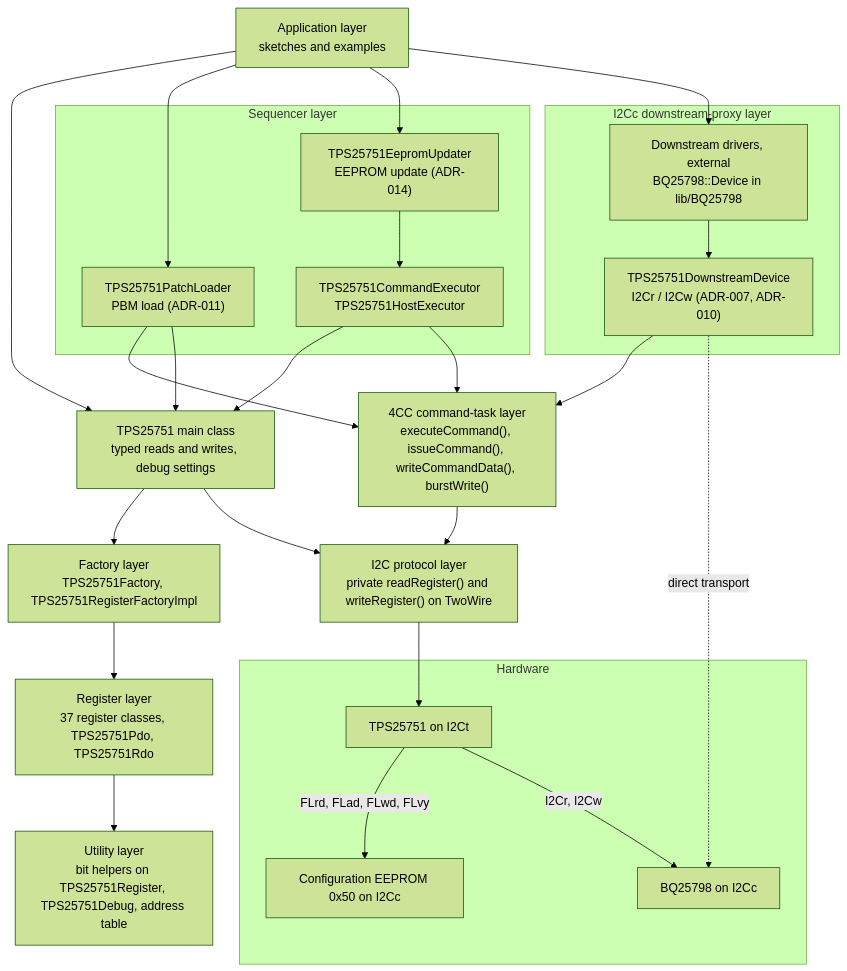
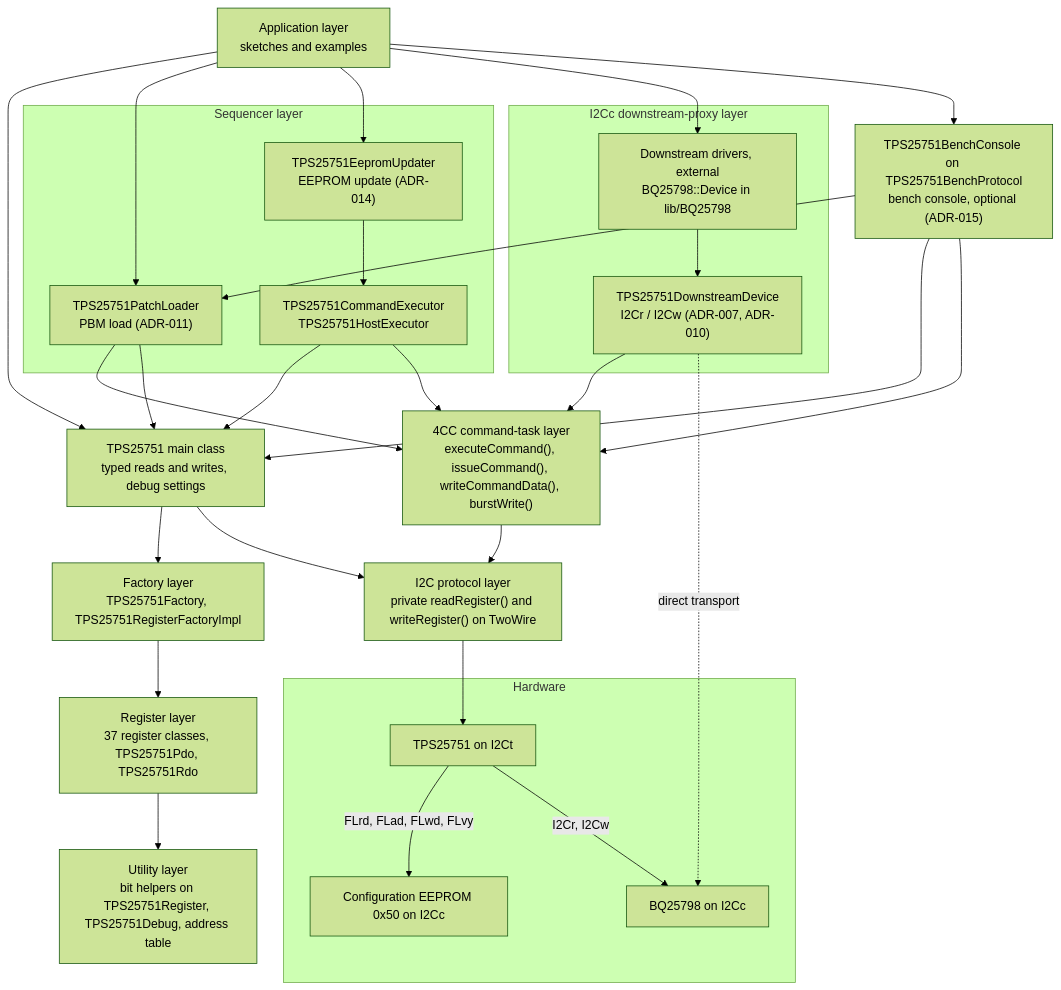
Before and after one commit to forrestrae/TPS25751: the first of 9 diagrams in docs/engineering/ARCHITECTURE.md, drawn with Mermaid (forest theme). The commit also changed other lines of this file and 5 other files, not shown here.

First line of the commit message:
docs: describe the bench console, its server, and its test target

````diff
--- a/docs/engineering/ARCHITECTURE.md
+++ b/docs/engineering/ARCHITECTURE.md
@@ -19,49 +19,55 @@
 ```mermaid
 flowchart TB
     app["Application layer<br/>sketches and examples"]
 
     subgraph seq["Sequencer layer"]
         loader["TPS25751PatchLoader<br/>PBM load (ADR-011)"]
         updater["TPS25751EepromUpdater<br/>EEPROM update (ADR-014)"]
         seam["TPS25751CommandExecutor<br/>TPS25751HostExecutor"]
     end
 
     subgraph proxy["I2Cc downstream-proxy layer"]
         ddev["TPS25751DownstreamDevice<br/>I2Cr / I2Cw (ADR-007, ADR-010)"]
         drivers["Downstream drivers, external<br/>BQ25798::Device in lib/BQ25798"]
     end
+
+    console["TPS25751BenchConsole on TPS25751BenchProtocol<br/>bench console, optional (ADR-015)"]
 
     main["TPS25751 main class<br/>typed reads and writes, debug settings"]
     task["4CC command-task layer<br/>executeCommand(), issueCommand(), writeCommandData(), burstWrite()"]
     factory["Factory layer<br/>TPS25751Factory, TPS25751RegisterFactoryImpl"]
     regs["Register layer<br/>37 register classes, TPS25751Pdo, TPS25751Rdo"]
     i2c["I2C protocol layer<br/>private readRegister() and writeRegister() on TwoWire"]
     util["Utility layer<br/>bit helpers on TPS25751Register, TPS25751Debug, address table"]
 
     subgraph hw["Hardware"]
         ctrl["TPS25751 on I2Ct"]
         eeprom["Configuration EEPROM 0x50 on I2Cc"]
         bq["BQ25798 on I2Cc"]
     end
 
     app --> main
     app --> loader
     app --> updater
     app --> drivers
+    app --> console
+    console --> main
+    console --> task
+    console --> loader
     drivers --> ddev
     updater --> seam
     seam --> main
     seam --> task
     loader --> task
     loader --> main
     ddev --> task
     ddev -. "direct transport" .-> bq
     main --> factory
     main --> i2c
     factory --> regs
     regs --> util
     task --> i2c
     i2c --> ctrl
     ctrl -- "FLrd, FLad, FLwd, FLvy" --> eeprom
     ctrl -- "I2Cr, I2Cw" --> bq
 ```
````
